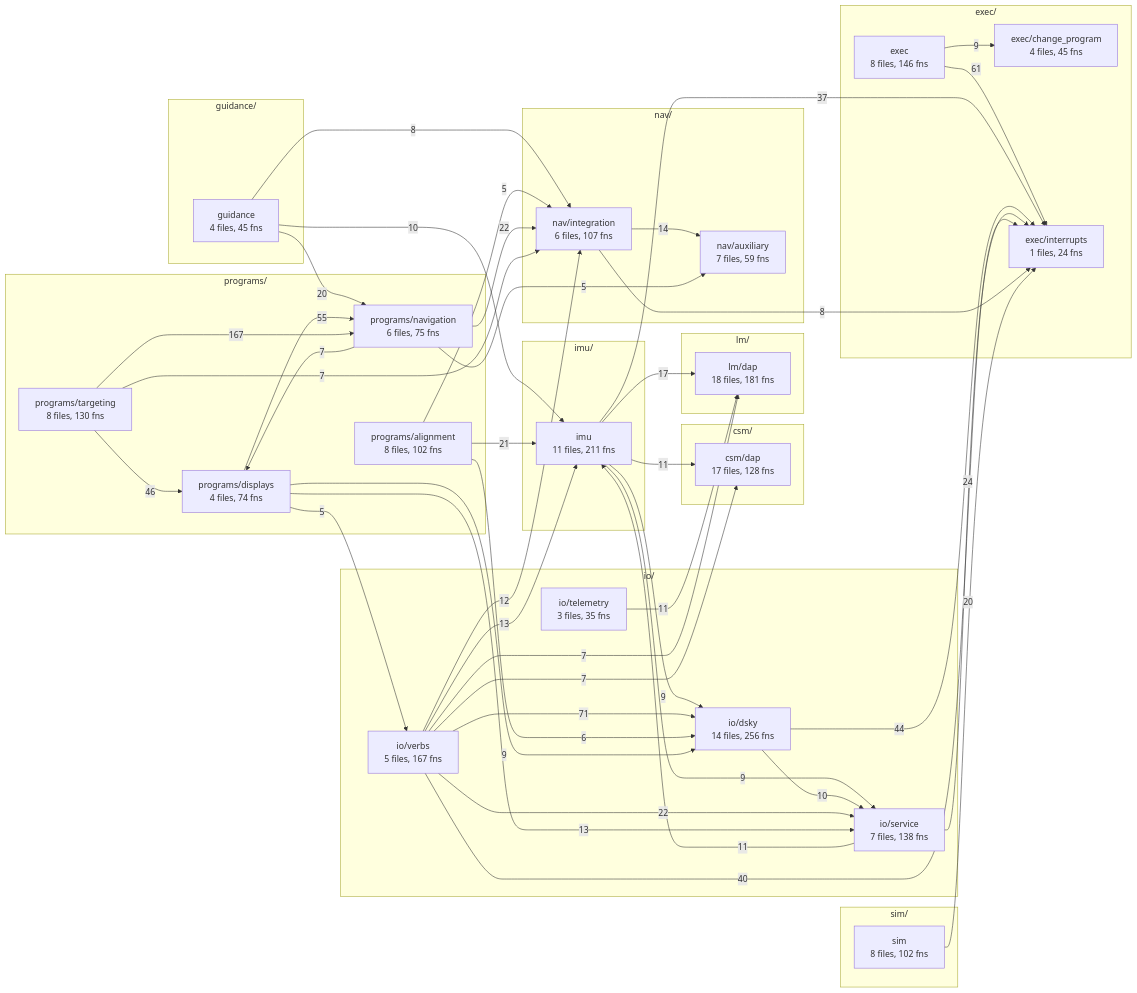
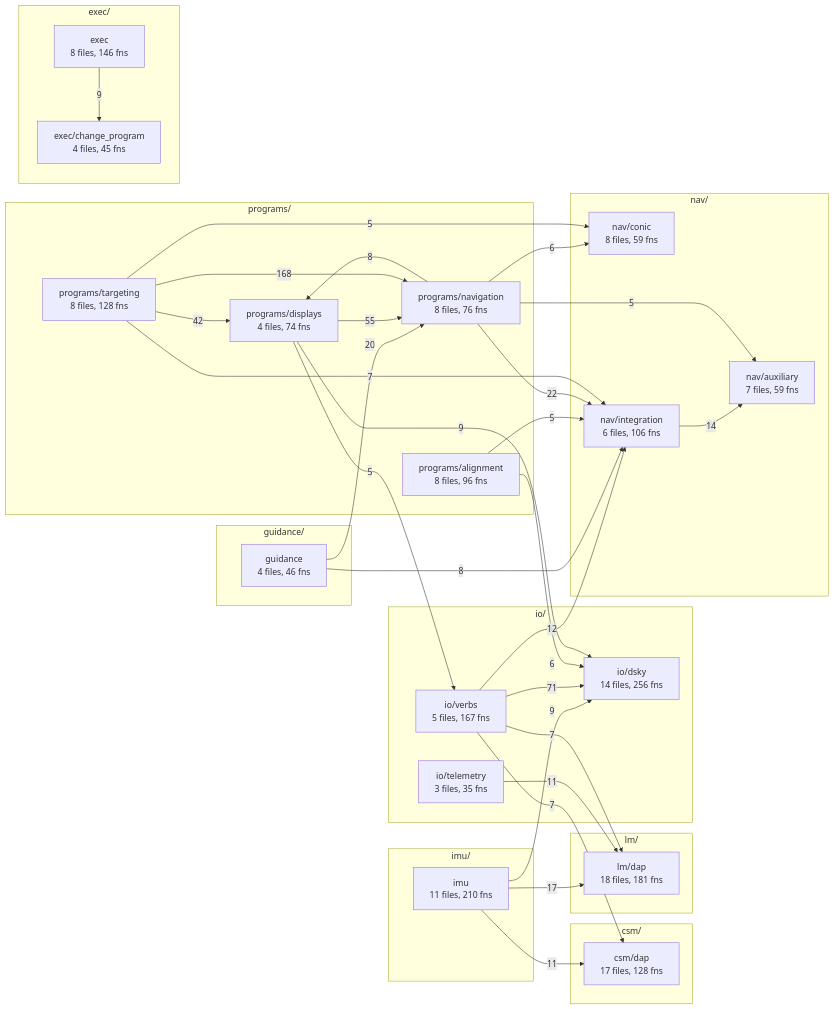
The fifth of 5 diagrams in docs/overview/README.md (bobjoe400/apollo-c), drawn with Mermaid before and after one commit. The commit also changed other lines of this file and 154 other files, not shown here.

````diff
--- a/docs/overview/README.md
+++ b/docs/overview/README.md
@@ -572,77 +527,60 @@
 ```mermaid
 flowchart LR
-    subgraph sim_layer["sim/"]
-        sim["sim<br/>8 files, 102 fns"]
-    end
     subgraph csm_layer["csm/"]
         csm_dap["csm/dap<br/>17 files, 128 fns"]
     end
     subgraph lm_layer["lm/"]
         lm_dap["lm/dap<br/>18 files, 181 fns"]
     end
     subgraph programs_layer["programs/"]
-        programs_alignment["programs/alignment<br/>8 files, 102 fns"]
+        programs_alignment["programs/alignment<br/>8 files, 96 fns"]
         programs_displays["programs/displays<br/>4 files, 74 fns"]
-        programs_navigation["programs/navigation<br/>6 files, 75 fns"]
-        programs_targeting["programs/targeting<br/>8 files, 130 fns"]
+        programs_navigation["programs/navigation<br/>8 files, 76 fns"]
+        programs_targeting["programs/targeting<br/>8 files, 128 fns"]
     end
     subgraph guidance_layer["guidance/"]
-        guidance["guidance<br/>4 files, 45 fns"]
+        guidance["guidance<br/>4 files, 46 fns"]
     end
     subgraph io_layer["io/"]
         io_dsky["io/dsky<br/>14 files, 256 fns"]
-        io_service["io/service<br/>7 files, 138 fns"]
         io_telemetry["io/telemetry<br/>3 files, 35 fns"]
         io_verbs["io/verbs<br/>5 files, 167 fns"]
     end
     subgraph imu_layer["imu/"]
-        imu["imu<br/>11 files, 211 fns"]
+        imu["imu<br/>11 files, 210 fns"]
     end
     subgraph nav_layer["nav/"]
         nav_auxiliary["nav/auxiliary<br/>7 files, 59 fns"]
-        nav_integration["nav/integration<br/>6 files, 107 fns"]
+        nav_conic["nav/conic<br/>8 files, 59 fns"]
+        nav_integration["nav/integration<br/>6 files, 106 fns"]
     end
     subgraph exec_layer["exec/"]
         exec["exec<br/>8 files, 146 fns"]
         exec_change_program["exec/change_program<br/>4 files, 45 fns"]
-        exec_interrupts["exec/interrupts<br/>1 files, 24 fns"]
     end
     exec -->|9| exec_change_program
-    exec -->|61| exec_interrupts
-    guidance -->|10| imu
     guidance -->|8| nav_integration
     guidance -->|20| programs_navigation
     imu -->|11| csm_dap
-    imu -->|37| exec_interrupts
     imu -->|9| io_dsky
-    imu -->|9| io_service
     imu -->|17| lm_dap
-    io_dsky -->|44| exec_interrupts
-    io_dsky -->|10| io_service
-    io_service -->|24| exec_interrupts
-    io_service -->|11| imu
     io_telemetry -->|11| lm_dap
     io_verbs -->|7| csm_dap
-    io_verbs -->|40| exec_interrupts
-    io_verbs -->|13| imu
     io_verbs -->|71| io_dsky
-    io_verbs -->|22| io_service
     io_verbs -->|7| lm_dap
     io_verbs -->|12| nav_integration
-    nav_integration -->|8| exec_interrupts
     nav_integration -->|14| nav_auxiliary
-    programs_alignment -->|21| imu
     programs_alignment -->|6| io_dsky
     programs_alignment -->|5| nav_integration
     programs_displays -->|9| io_dsky
-    programs_displays -->|13| io_service
     programs_displays -->|5| io_verbs
     programs_displays -->|55| programs_navigation
     programs_navigation -->|5| nav_auxiliary
+    programs_navigation -->|6| nav_conic
     programs_navigation -->|22| nav_integration
-    programs_navigation -->|7| programs_displays
+    programs_navigation -->|8| programs_displays
+    programs_targeting -->|5| nav_conic
     programs_targeting -->|7| nav_integration
-    programs_targeting -->|46| programs_displays
-    programs_targeting -->|167| programs_navigation
-    sim -->|20| exec_interrupts
+    programs_targeting -->|42| programs_displays
+    programs_targeting -->|168| programs_navigation
 ```
````
